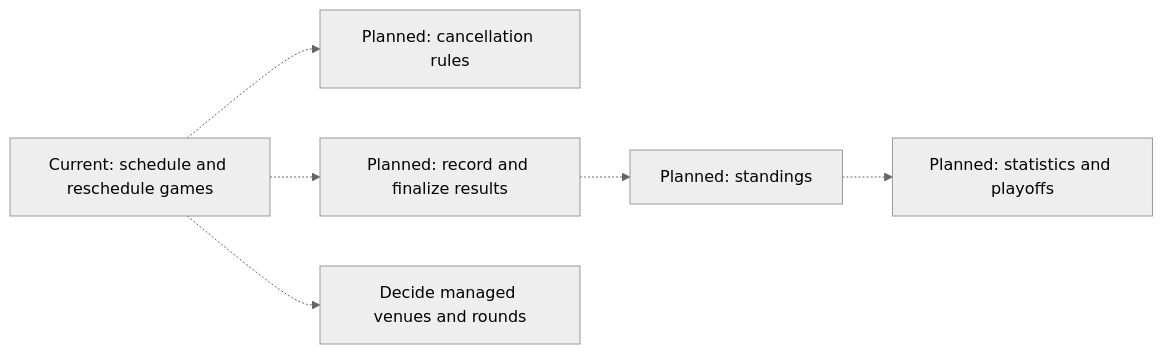
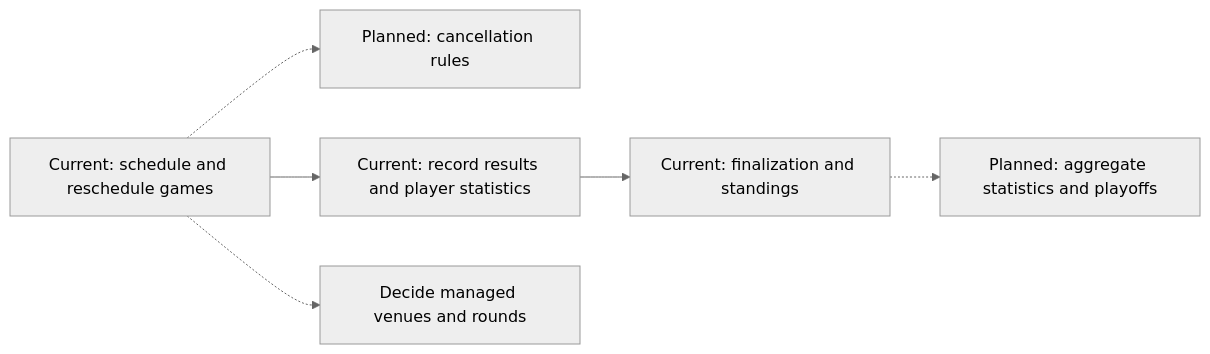
One commit to inamonanymous/BarangayLeagueSystem changed diagram 19 of 19 in docs/diagrams/system-feature-flowcharts.md. Above: the diagram before and after it, drawn with Mermaid (neutral theme). The commit also changed other lines of this file and 108 other files, not shown here.

First line of the commit message:
feat: isolate season data and add game results and statistics

````diff
--- a/docs/diagrams/system-feature-flowcharts.md
+++ b/docs/diagrams/system-feature-flowcharts.md
@@ -490,8 +485,8 @@
 ```mermaid
 flowchart LR
     A["Current: schedule and reschedule games"] -.-> B["Planned: cancellation rules"]
-    A -.-> C["Planned: record and finalize results"]
-    C -.-> D["Planned: standings"]
-    D -.-> E["Planned: statistics and playoffs"]
+    A --> C["Current: record results and player statistics"]
+    C --> D["Current: finalization and standings"]
+    D -.-> E["Planned: aggregate statistics and playoffs"]
     A -.-> F["Decide managed venues and rounds"]
 ```
````
